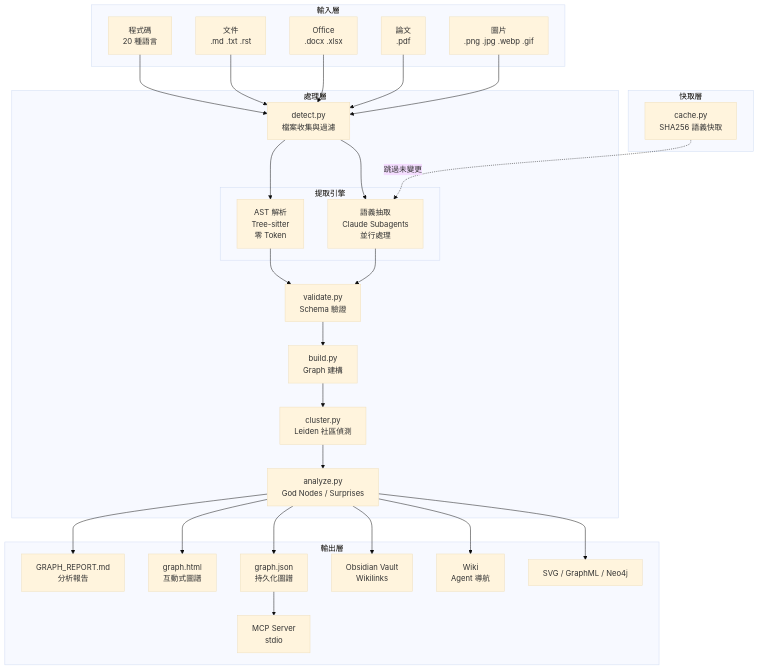
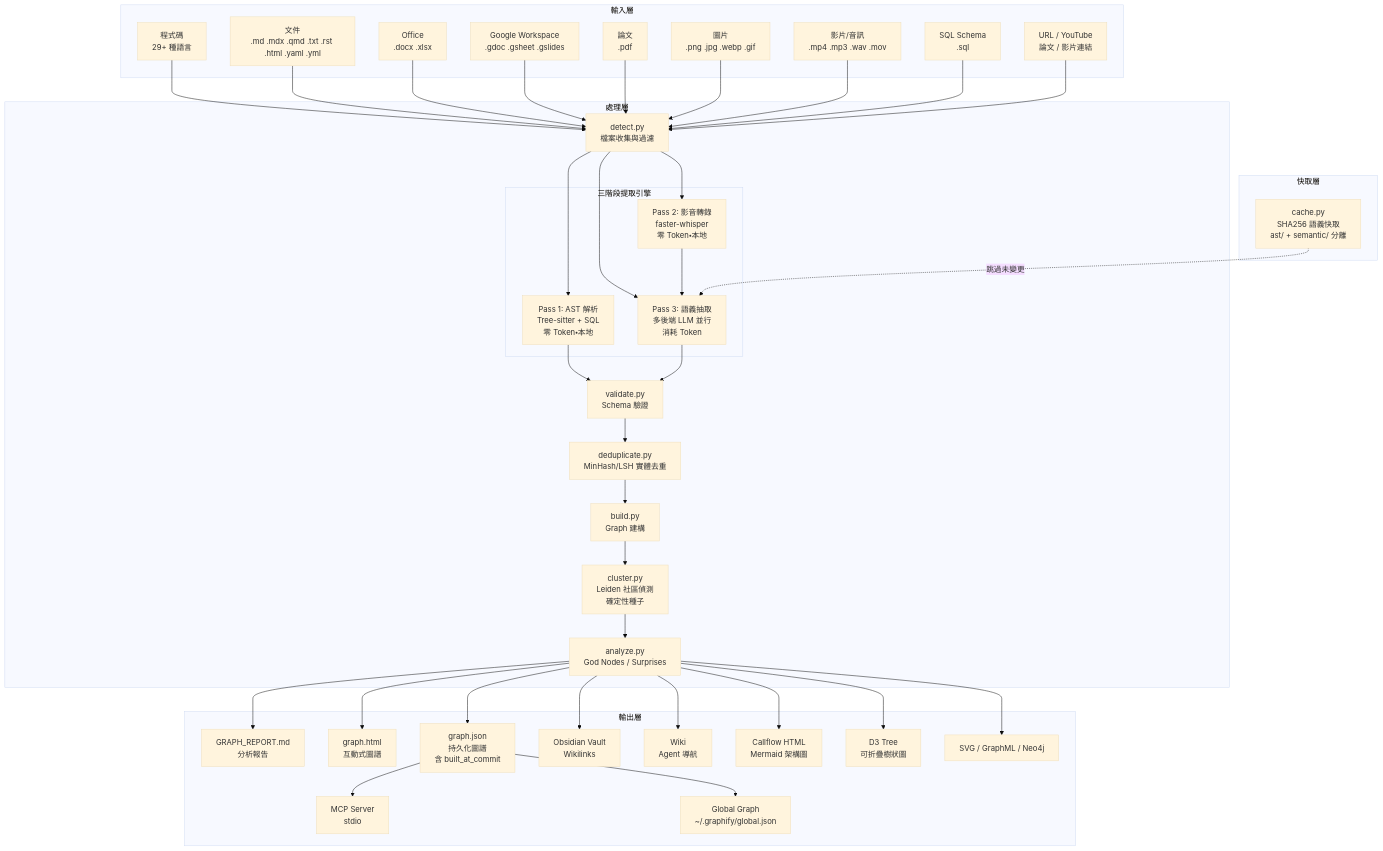
The fourth of 14 diagrams in content/posts/教學/AI開發/Graphify教學手冊.md (chihhung/Blog), drawn with Mermaid (base theme) before and after one commit. The commit also changed other lines of this file and 5 other files, not shown here.

````diff
--- a/content/posts/教學/AI開發/Graphify教學手冊.md
+++ b/content/posts/教學/AI開發/Graphify教學手冊.md
@@ -208,60 +269,79 @@
 ```mermaid
 graph TB
     subgraph "輸入層"
-        CODE[程式碼<br>20 種語言]
-        DOC[文件<br>.md .txt .rst]
+        CODE[程式碼<br>29+ 種語言]
+        DOC[文件<br>.md .mdx .qmd .txt .rst .html .yaml .yml]
         OFFICE[Office<br>.docx .xlsx]
+        GOOGLE[Google Workspace<br>.gdoc .gsheet .gslides]
         PDF[論文<br>.pdf]
         IMG[圖片<br>.png .jpg .webp .gif]
+        VID[影片/音訊<br>.mp4 .mp3 .wav .mov]
+        SQL_F[SQL Schema<br>.sql]
+        URL[URL / YouTube<br>論文 / 影片連結]
     end
 
     subgraph "處理層"
         DETECT[detect.py<br>檔案收集與過濾]
         
-        subgraph "提取引擎"
-            AST[AST 解析<br>Tree-sitter<br>零 Token]
-            SEM[語義抽取<br>Claude Subagents<br>並行處理]
+        subgraph "三階段提取引擎"
+            AST[Pass 1: AST 解析<br>Tree-sitter + SQL<br>零 Token・本地]
+            WHISPER[Pass 2: 影音轉錄<br>faster-whisper<br>零 Token・本地]
+            SEM[Pass 3: 語義抽取<br>多後端 LLM 並行<br>消耗 Token]
         end
         
+        DEDUP[deduplicate.py<br>MinHash/LSH 實體去重]
         VALIDATE[validate.py<br>Schema 驗證]
         BUILD[build.py<br>Graph 建構]
-        CLUSTER[cluster.py<br>Leiden 社區偵測]
+        CLUSTER[cluster.py<br>Leiden 社區偵測<br>確定性種子]
         ANALYZE[analyze.py<br>God Nodes / Surprises]
     end
 
     subgraph "輸出層"
         REPORT[GRAPH_REPORT.md<br>分析報告]
         HTML[graph.html<br>互動式圖譜]
-        JSON[graph.json<br>持久化圖譜]
+        JSON[graph.json<br>持久化圖譜<br>含 built_at_commit]
         OBSIDIAN[Obsidian Vault<br>Wikilinks]
         WIKI[Wiki<br>Agent 導航]
+        CALLFLOW[Callflow HTML<br>Mermaid 架構圖]
+        TREE[D3 Tree<br>可折疊樹狀圖]
         EXPORT[SVG / GraphML / Neo4j]
         MCP[MCP Server<br>stdio]
+        GLOBAL[Global Graph<br>~/.graphify/global.json]
     end
 
     subgraph "快取層"
-        CACHE[cache.py<br>SHA256 語義快取]
+        CACHE[cache.py<br>SHA256 語義快取<br>ast/ + semantic/ 分離]
     end
 
     CODE --> DETECT
     DOC --> DETECT
     OFFICE --> DETECT
+    GOOGLE --> DETECT
     PDF --> DETECT
     IMG --> DETECT
+    VID --> DETECT
+    SQL_F --> DETECT
+    URL --> DETECT
 
     DETECT --> AST
+    DETECT --> WHISPER
     DETECT --> SEM
     AST --> VALIDATE
+    WHISPER --> SEM
     SEM --> VALIDATE
     CACHE -.->|跳過未變更| SEM
-    VALIDATE --> BUILD
+    VALIDATE --> DEDUP
+    DEDUP --> BUILD
     BUILD --> CLUSTER
     CLUSTER --> ANALYZE
     ANALYZE --> REPORT
     ANALYZE --> HTML
     ANALYZE --> JSON
     ANALYZE --> OBSIDIAN
     ANALYZE --> WIKI
+    ANALYZE --> CALLFLOW
+    ANALYZE --> TREE
     ANALYZE --> EXPORT
     JSON --> MCP
+    JSON --> GLOBAL
 ```
````
